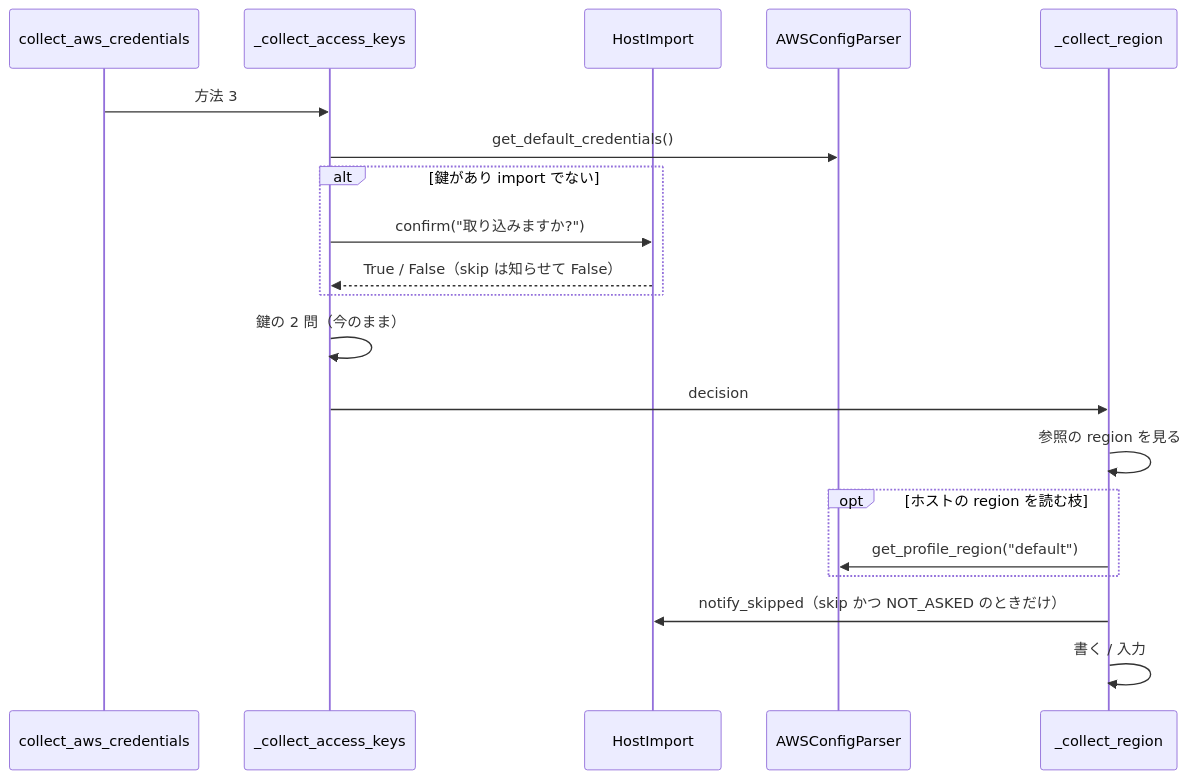
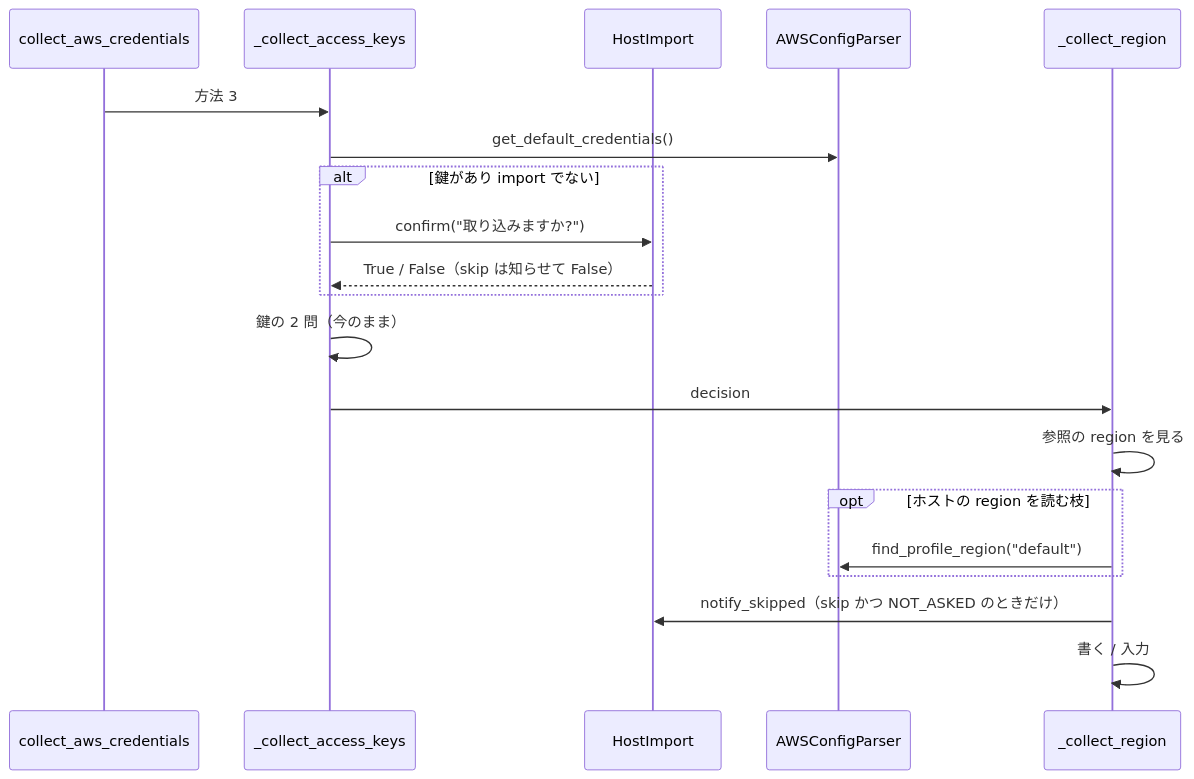
Before and after one commit to devbasex/devbase: the fifth of 6 diagrams in issues/issue-334-design.md, drawn with Mermaid. The commit also changed other lines of this file and 1 other file, not shown here.

Commit message:
docs(#334): 参照の region を残すのを方法 3 に限り、節の名前を返す find_profile_region を設計に置く

````diff
--- a/issues/issue-334-design.md
+++ b/issues/issue-334-design.md
@@ -336,22 +341,22 @@
 ```mermaid
 sequenceDiagram
     participant C as collect_aws_credentials
     participant K as _collect_access_keys
     participant H as HostImport
     participant P as AWSConfigParser
     participant R as _collect_region
     C->>K: 方法 3
     K->>P: get_default_credentials()
     alt 鍵があり import でない
         K->>H: confirm("取り込みますか?")
         H-->>K: True / False（skip は知らせて False）
     end
     K->>K: 鍵の 2 問（今のまま）
     K->>R: decision
     R->>R: 参照の region を見る
     opt ホストの region を読む枝
-        R->>P: get_profile_region("default")
+        R->>P: find_profile_region("default")
     end
     R->>H: notify_skipped（skip かつ NOT_ASKED のときだけ）
     R->>R: 書く / 入力
 ```
````
